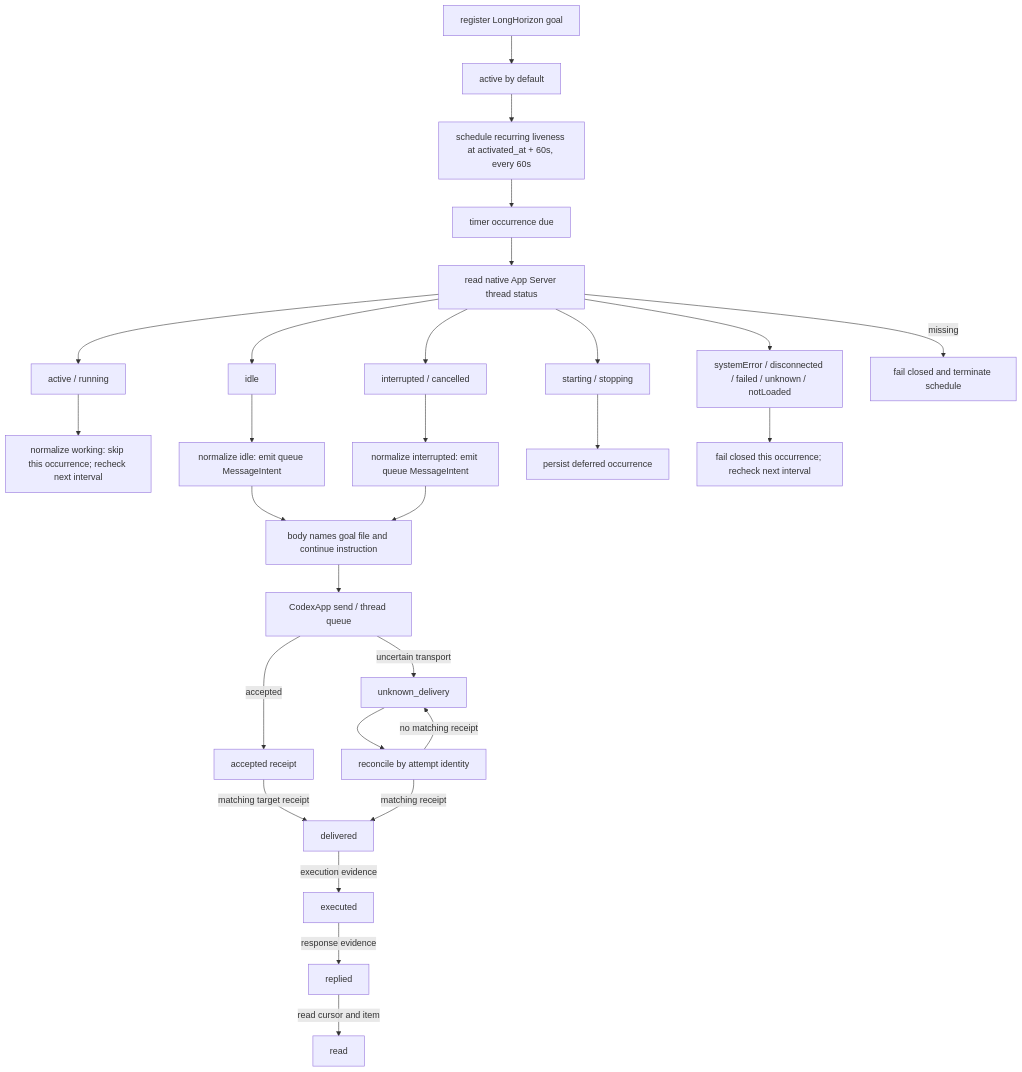
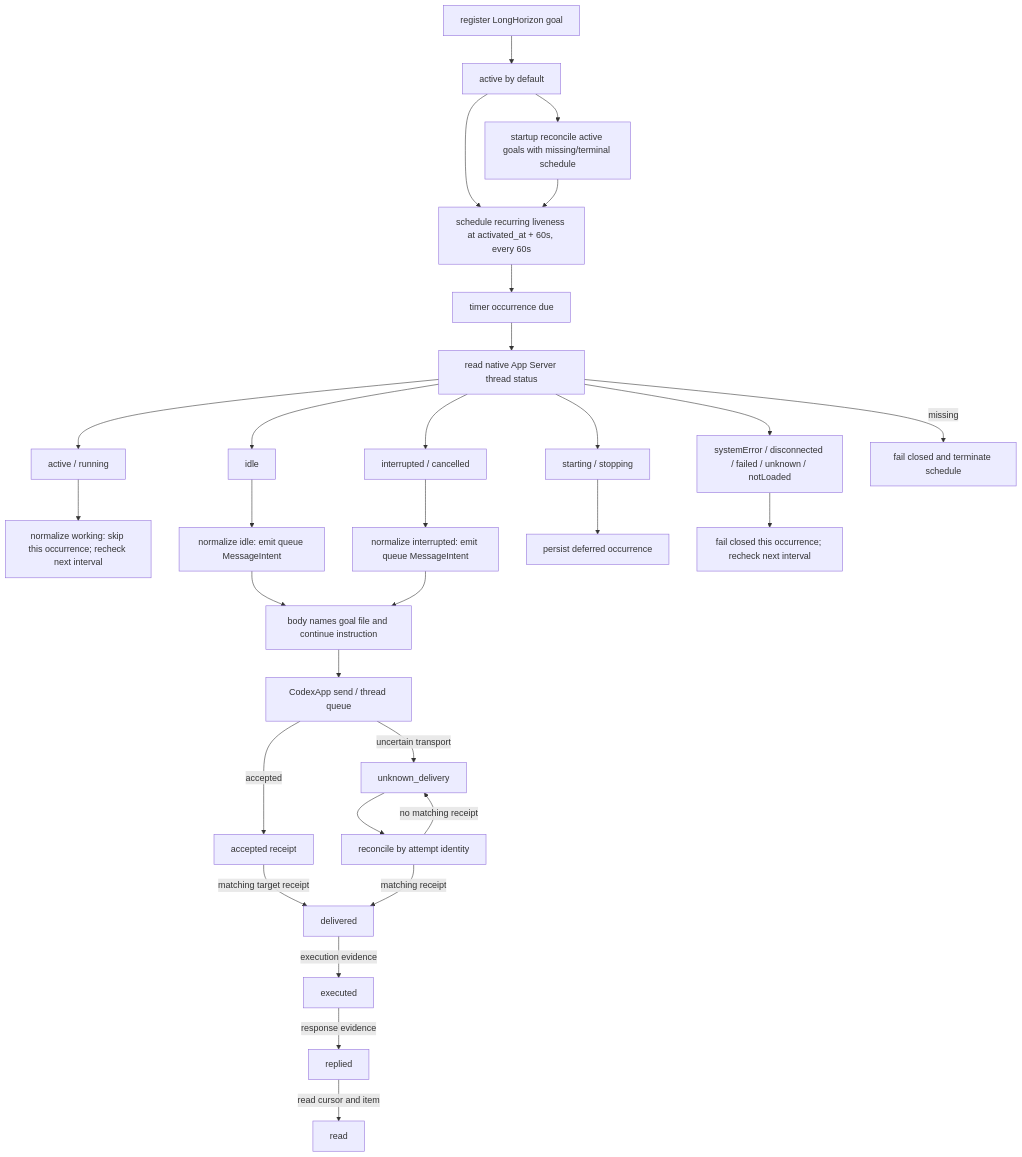
One commit to Jasonzhangf/codex-hooks changed the diagram in docs/design/rccs-notification-dag.md. Above: the diagram before and after it, drawn with Mermaid. The commit also changed other lines of this file and 7 other files, not shown here.

Commit message:
fix(rccs): reconcile longhorizon liveness on startup

````diff
--- a/docs/design/rccs-notification-dag.md
+++ b/docs/design/rccs-notification-dag.md
@@ -33,30 +35,32 @@
 ```mermaid
 flowchart TD
   A["register LongHorizon goal"] --> B["active by default"]
   B --> C["schedule recurring liveness at activated_at + 60s, every 60s"]
+  B --> C2["startup reconcile active goals with missing/terminal schedule"]
+  C2 --> C
   C --> D["timer occurrence due"]
   D --> E["read native App Server thread status"]
   E --> E1["active / running"]
   E --> E2["idle"]
   E --> E3["interrupted / cancelled"]
   E --> E4["starting / stopping"]
   E --> E5["systemError / disconnected / failed / unknown / notLoaded"]
   E1 --> F["normalize working: skip this occurrence; recheck next interval"]
   E2 --> G["normalize idle: emit queue MessageIntent"]
   E3 --> G2["normalize interrupted: emit queue MessageIntent"]
   G --> H["body names goal file and continue instruction"]
   G2 --> H
   E4 --> H1["persist deferred occurrence"]
   E5 --> I["fail closed this occurrence; recheck next interval"]
   E -->|missing| I2["fail closed and terminate schedule"]
   H --> J["CodexApp send / thread queue"]
   J -->|accepted| K["accepted receipt"]
   K -->|matching target receipt| L["delivered"]
   L -->|execution evidence| M["executed"]
   M -->|response evidence| N["replied"]
   N -->|read cursor and item| O["read"]
   J -->|uncertain transport| P["unknown_delivery"]
   P --> Q["reconcile by attempt identity"]
   Q -->|matching receipt| L
   Q -->|no matching receipt| P
 ```
````
